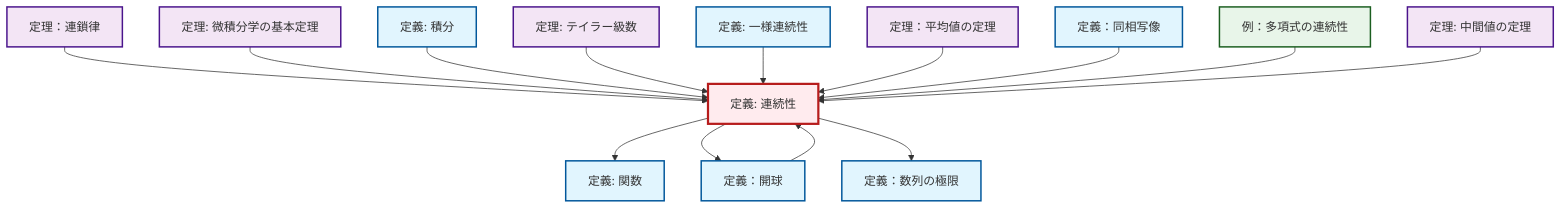
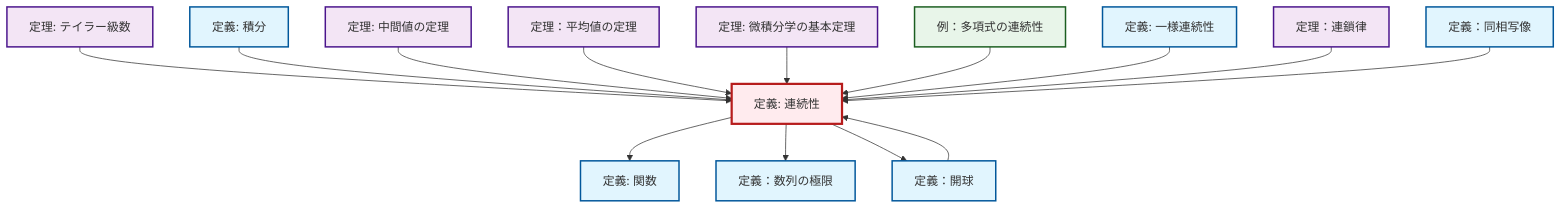
The diagram in content/ja/analysis/def-continuity.qmd (RK0429/ModernMath), drawn with Mermaid before and after one commit. The commit also changed other lines of this file and 328 other files, not shown here.

````diff
--- a/content/ja/analysis/def-continuity.qmd
+++ b/content/ja/analysis/def-continuity.qmd
@@ -62,48 +62,48 @@
 ```{mermaid}
 %%| fig-cap: "ローカル依存関係グラフ"
 graph TD
     classDef definition fill:#e1f5fe,stroke:#01579b,stroke-width:2px
     classDef theorem fill:#f3e5f5,stroke:#4a148c,stroke-width:2px
     classDef axiom fill:#fff3e0,stroke:#e65100,stroke-width:2px
     classDef example fill:#e8f5e9,stroke:#1b5e20,stroke-width:2px
     classDef current fill:#ffebee,stroke:#b71c1c,stroke-width:3px
+    thm-chain-rule["定理：連鎖律"]:::theorem
+    def-open-ball["定義：開球"]:::definition
+    thm-mean-value["定理：平均値の定理"]:::theorem
+    thm-intermediate-value["定理: 中間値の定理"]:::theorem
+    def-homeomorphism["定義：同相写像"]:::definition
+    def-limit["定義：数列の極限"]:::definition
+    def-function["定義: 関数"]:::definition
+    thm-fundamental-calculus["定理: 微積分学の基本定理"]:::theorem
+    def-integral["定義: 積分"]:::definition
     def-uniform-continuity["定義: 一様連続性"]:::definition
-    def-limit["定義：数列の極限"]:::definition
+    thm-taylor-series["定理: テイラー級数"]:::theorem
+    def-continuity["定義: 連続性"]:::definition
     ex-polynomial-continuity["例：多項式の連続性"]:::example
-    thm-mean-value["定理：平均値の定理"]:::theorem
-    def-homeomorphism["定義：同相写像"]:::definition
-    thm-fundamental-calculus["定理: 微積分学の基本定理"]:::theorem
-    def-open-ball["定義：開球"]:::definition
-    def-function["定義: 関数"]:::definition
-    thm-chain-rule["定理：連鎖律"]:::theorem
-    thm-taylor-series["定理: テイラー級数"]:::theorem
-    thm-intermediate-value["定理: 中間値の定理"]:::theorem
-    def-continuity["定義: 連続性"]:::definition
-    def-integral["定義: 積分"]:::definition
+    thm-taylor-series --> def-continuity
+    def-integral --> def-continuity
     def-continuity --> def-function
-    thm-chain-rule --> def-continuity
+    thm-intermediate-value --> def-continuity
+    thm-mean-value --> def-continuity
+    def-open-ball --> def-continuity
+    def-continuity --> def-limit
     def-continuity --> def-open-ball
     thm-fundamental-calculus --> def-continuity
-    def-integral --> def-continuity
-    def-open-ball --> def-continuity
-    thm-taylor-series --> def-continuity
+    ex-polynomial-continuity --> def-continuity
     def-uniform-continuity --> def-continuity
-    def-continuity --> def-limit
-    thm-mean-value --> def-continuity
+    thm-chain-rule --> def-continuity
     def-homeomorphism --> def-continuity
-    ex-polynomial-continuity --> def-continuity
-    thm-intermediate-value --> def-continuity
     class def-continuity current
+    click thm-chain-rule "thm-chain-rule.html" "定理：連鎖律へ"
+    click def-open-ball "def-open-ball.html" "定義：開球へ"
+    click thm-mean-value "thm-mean-value.html" "定理：平均値の定理へ"
+    click thm-intermediate-value "thm-intermediate-value.html" "中間値の定理の定理へ"
+    click def-homeomorphism "def-homeomorphism.html" "定義：同相写像へ"
+    click def-limit "def-limit.html" "定義：数列の極限へ"
+    click def-function "def-function.html" "関数の定義へ"
+    click thm-fundamental-calculus "thm-fundamental-calculus.html" "微積分学の基本定理の定理へ"
+    click def-integral "def-integral.html" "積分の定義へ"
     click def-uniform-continuity "def-uniform-continuity.html" "一様連続性の定義へ"
-    click def-limit "def-limit.html" "定義：数列の極限へ"
+    click thm-taylor-series "thm-taylor-series.html" "テイラー級数の定理へ"
     click ex-polynomial-continuity "ex-polynomial-continuity.html" "例：多項式の連続性へ"
-    click thm-mean-value "thm-mean-value.html" "定理：平均値の定理へ"
-    click def-homeomorphism "def-homeomorphism.html" "定義：同相写像へ"
-    click thm-fundamental-calculus "thm-fundamental-calculus.html" "微積分学の基本定理の定理へ"
-    click def-open-ball "def-open-ball.html" "定義：開球へ"
-    click def-function "def-function.html" "関数の定義へ"
-    click thm-chain-rule "thm-chain-rule.html" "定理：連鎖律へ"
-    click thm-taylor-series "thm-taylor-series.html" "テイラー級数の定理へ"
-    click thm-intermediate-value "thm-intermediate-value.html" "中間値の定理の定理へ"
-    click def-integral "def-integral.html" "積分の定義へ"
 ```
````
